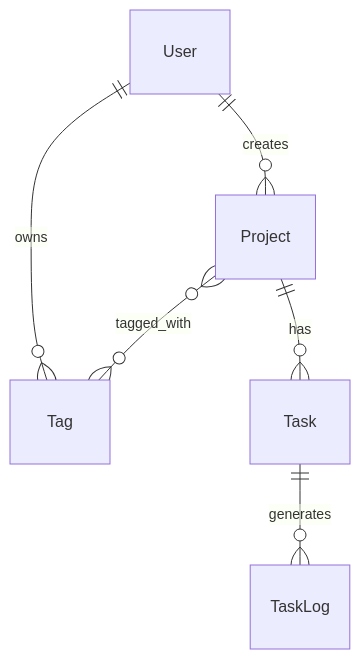
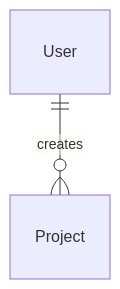
One commit to lighthought/app-maker changed the second of 2 diagrams in backend/architect/QUICK_REFERENCE.md. Above: the diagram before and after it, drawn with Mermaid. The commit also changed other lines of this file and 7 other files, not shown here.

````diff
--- a/backend/architect/QUICK_REFERENCE.md
+++ b/backend/architect/QUICK_REFERENCE.md
@@ -76,8 +76,4 @@
 ```mermaid
 erDiagram
     User ||--o{ Project : creates
-    User ||--o{ Tag : owns
-    Project ||--o{ Task : has
-    Task ||--o{ TaskLog : generates
-    Project }o--o{ Tag : tagged_with
 ```
````
